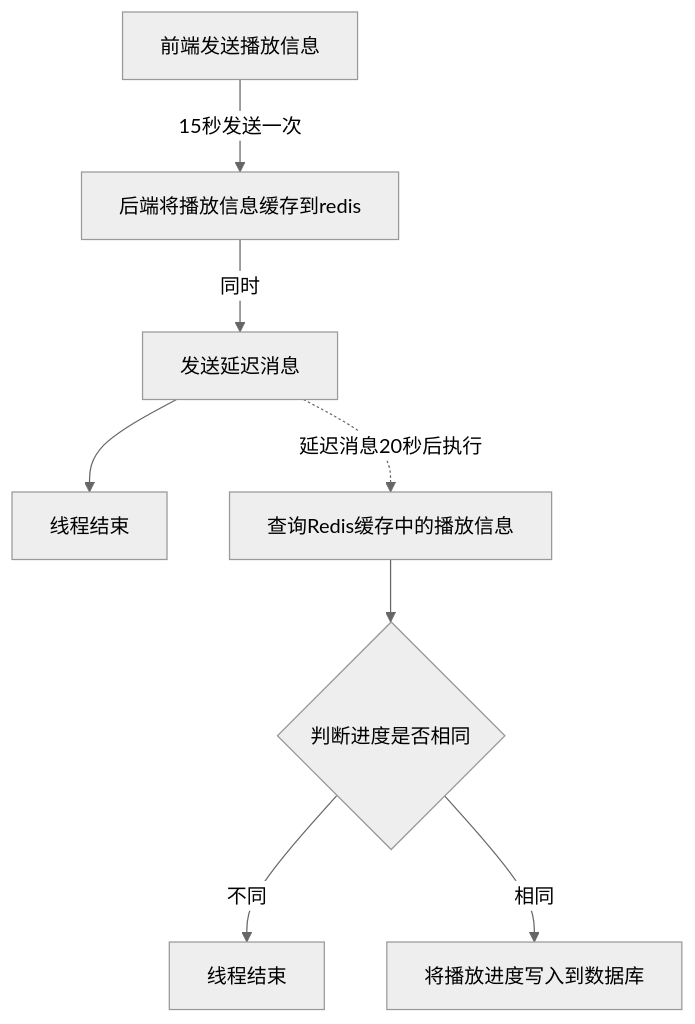
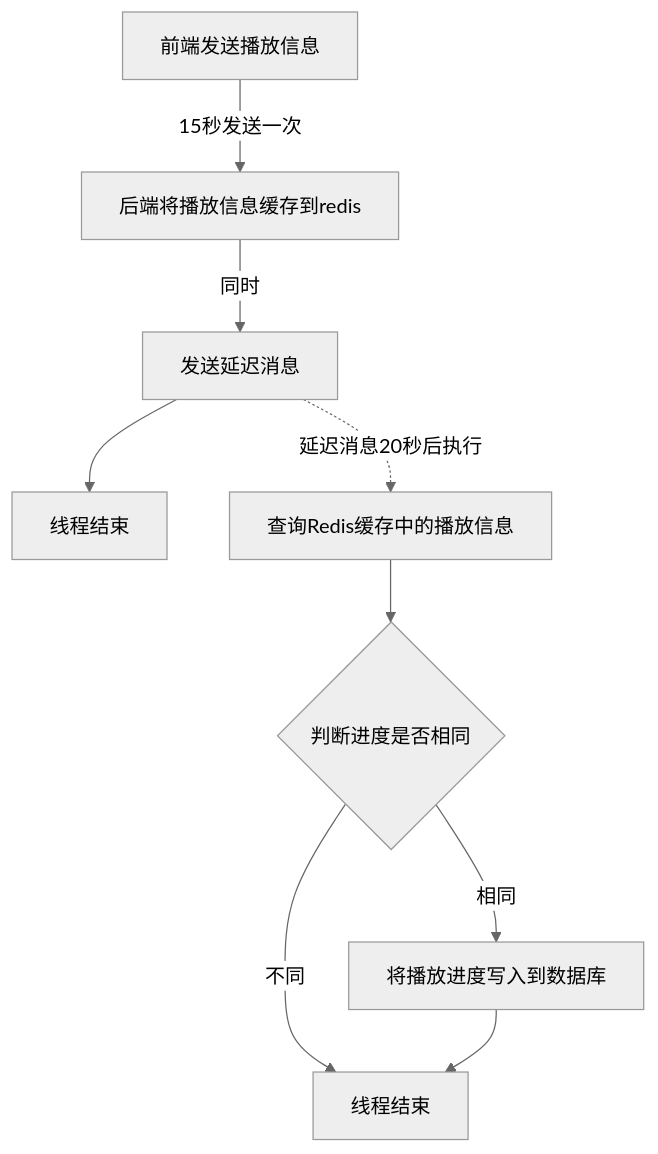
Before and after one commit to kaidenlw/Obsidian_public: the diagram in 1-12 演讲.md, drawn with Mermaid (neutral theme).

Commit message:
Update 1-12 演讲.md

````diff
--- a/1-12 演讲.md
+++ b/1-12 演讲.md
@@ -19,10 +19,10 @@
 ```mermaid
 graph TD
     A[前端发送播放信息] -- 15秒发送一次 --> B[后端将播放信息缓存到redis] -- 同时 --> C[发送延迟消息]
     C --> C1[线程结束] 
     C -.延迟消息20秒后执行.-> C2[查询Redis缓存中的播放信息] --> D{判断进度是否相同}
 
     D --> |不同| E1[线程结束]
-    D --> |相同| E2[将播放进度写入到数据库]
+    D --> |相同| E2[将播放进度写入到数据库] --> E1
     
 ```
````
